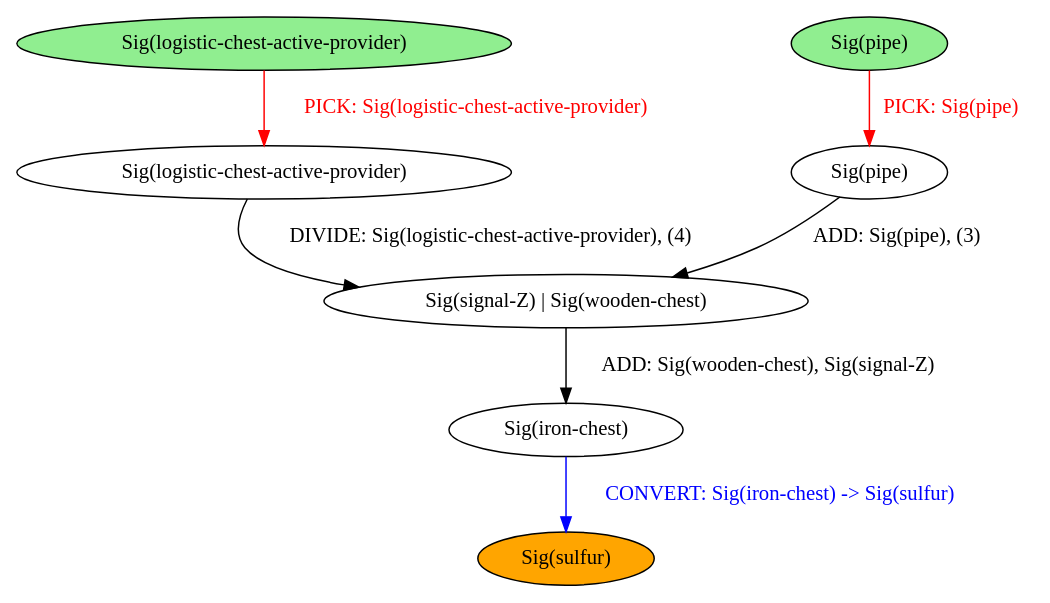
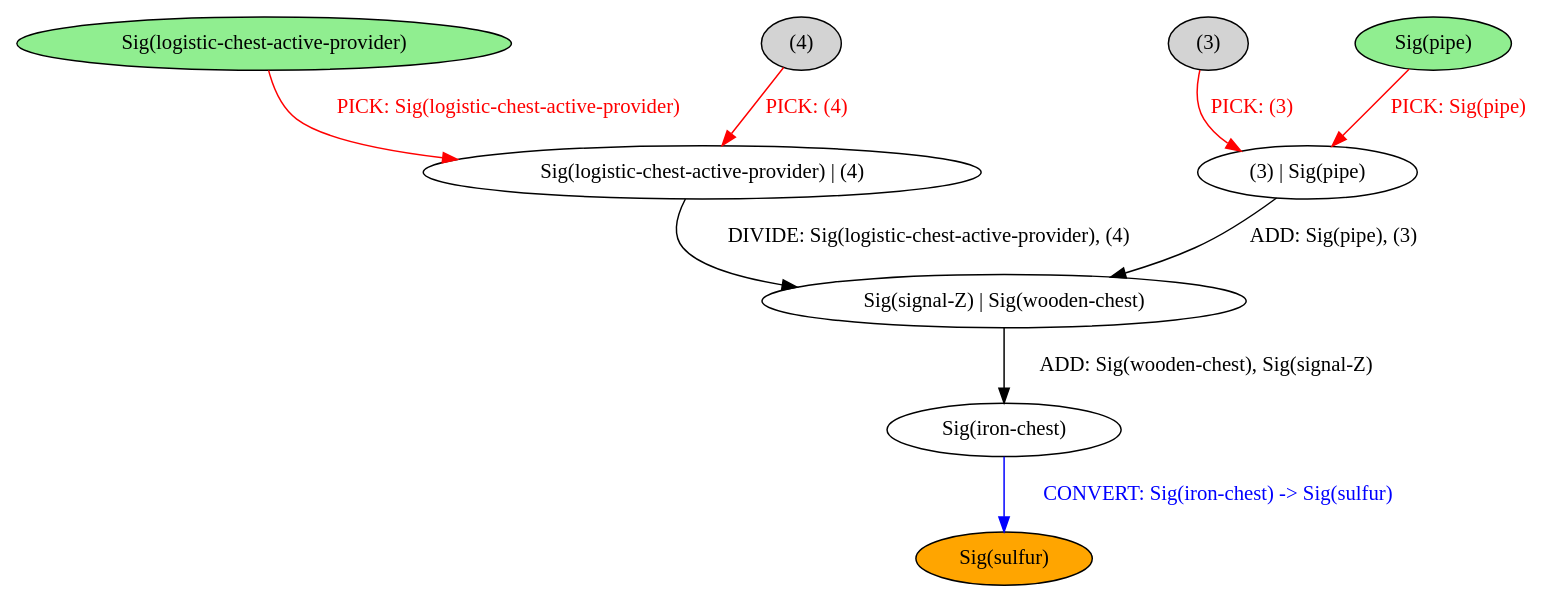
One commit to BalderHolst/chef changed the diagram in chef-lang/examples/simple_block.output.dot. Above: the diagram before and after it, drawn with Graphviz. The commit also changed 18 other files, not shown here.

```diff
--- a/chef-lang/examples/simple_block.output.dot
+++ b/chef-lang/examples/simple_block.output.dot
@@ -1,16 +1,20 @@
 strict digraph {
 	nodesep=1
-	7	[style=filled fillcolor=white label="Sig(pipe)"]
+	7	[style=filled fillcolor=white label="(3) | Sig(pipe)"]
+	6	[style=filled fillcolor=lightgray label="(3)"]
 	1	[style=filled fillcolor=lightgreen label="Sig(pipe)"]
 	0	[style=filled fillcolor=lightgreen label="Sig(logistic-chest-active-provider)"]
-	3	[style=filled fillcolor=white label="Sig(logistic-chest-active-provider)"]
+	3	[style=filled fillcolor=white label="Sig(logistic-chest-active-provider) | (4)"]
+	2	[style=filled fillcolor=lightgray label="(4)"]
 	12	[style=filled fillcolor=orange label="Sig(sulfur)"]
 	11	[style=filled fillcolor=white label="Sig(iron-chest)"]
 	10	[style=filled fillcolor=white label="Sig(signal-Z) | Sig(wooden-chest)"]
 	7 -> 10	[label="ADD: Sig(pipe), (3)" color=black fontcolor=black]
+	6 -> 7	[label="PICK: (3)" color=red fontcolor=red]
 	1 -> 7	[label="PICK: Sig(pipe)" color=red fontcolor=red]
 	0 -> 3	[label="PICK: Sig(logistic-chest-active-provider)" color=red fontcolor=red]
 	3 -> 10	[label="DIVIDE: Sig(logistic-chest-active-provider), (4)" color=black fontcolor=black]
+	2 -> 3	[label="PICK: (4)" color=red fontcolor=red]
 	11 -> 12	[label="CONVERT: Sig(iron-chest) -> Sig(sulfur)" color=blue fontcolor=blue]
 	10 -> 11	[label="ADD: Sig(wooden-chest), Sig(signal-Z)" color=black fontcolor=black]
 }
```
